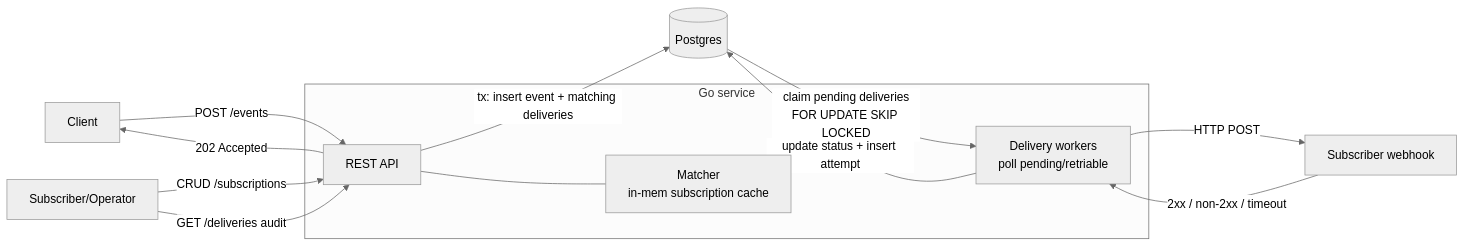
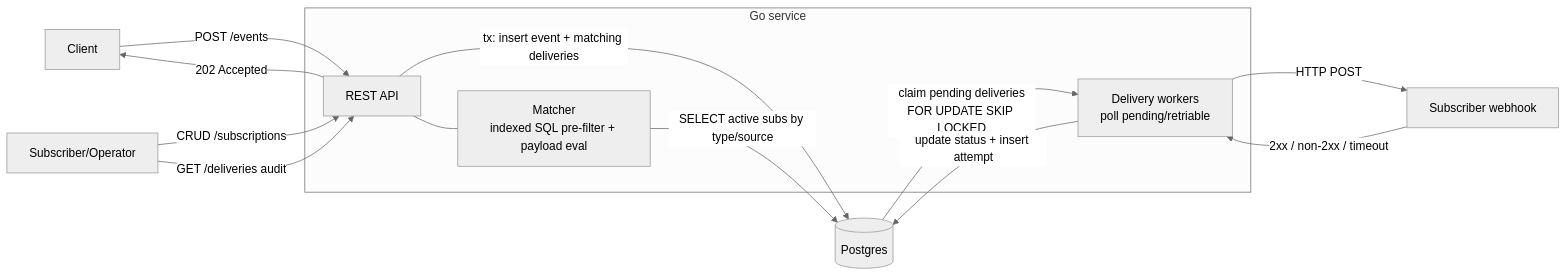
One commit to ishanchopra90/notification-fanout changed the first of 6 diagrams in architecture.md. Above: the diagram before and after it, drawn with Mermaid (neutral theme). The commit also changed other lines of this file, not shown here.

````diff
--- a/architecture.md
+++ b/architecture.md
@@ -24,21 +123,22 @@
 ```mermaid
 flowchart LR
     C[Client] -->|POST /events| API[REST API]
     API -->|tx: insert event + matching deliveries| DB[(Postgres)]
     API -->|202 Accepted| C
 
     subgraph Service[Go service]
       API
-      M[Matcher<br/>in-mem subscription cache]
+      M[Matcher<br/>indexed SQL pre-filter + payload eval]
       W[Delivery workers<br/>poll pending/retriable]
     end
 
     API --- M
+    M -->|SELECT active subs by type/source| DB
     DB -->|claim pending deliveries<br/>FOR UPDATE SKIP LOCKED| W
     W -->|HTTP POST| WH[Subscriber webhook]
     WH -->|2xx / non-2xx / timeout| W
     W -->|update status + insert attempt| DB
 
     Admin[Subscriber/Operator] -->|CRUD /subscriptions| API
     Admin -->|GET /deliveries audit| API
 ```
````
